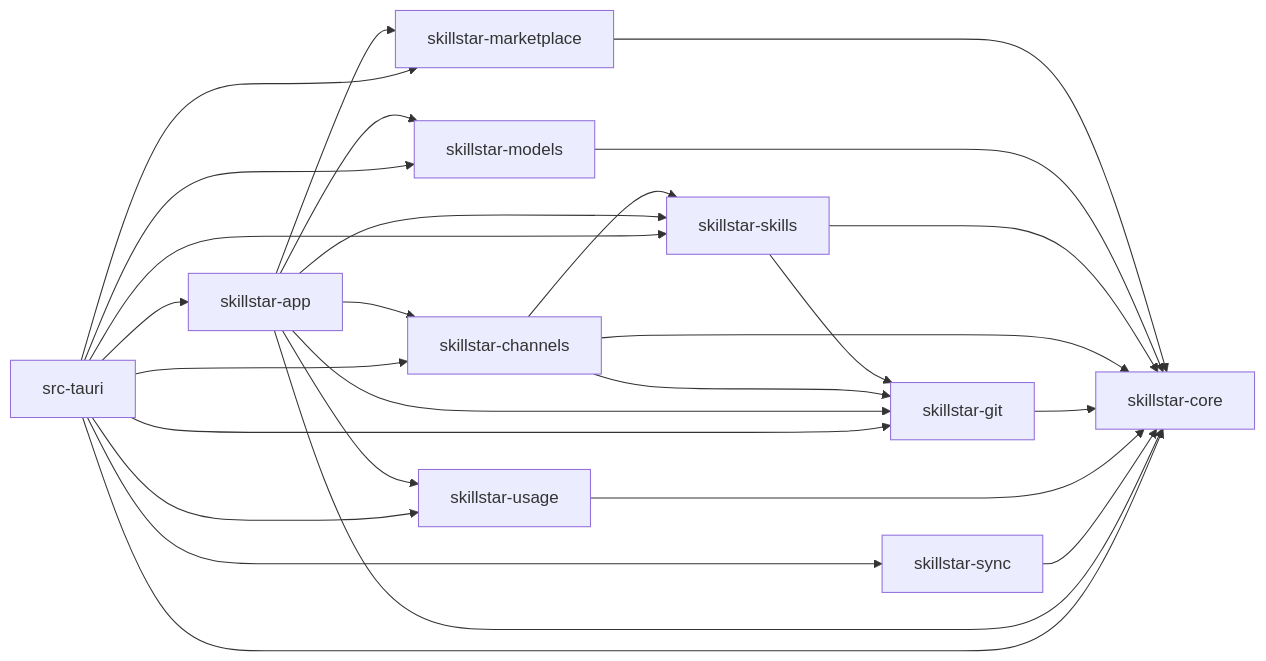
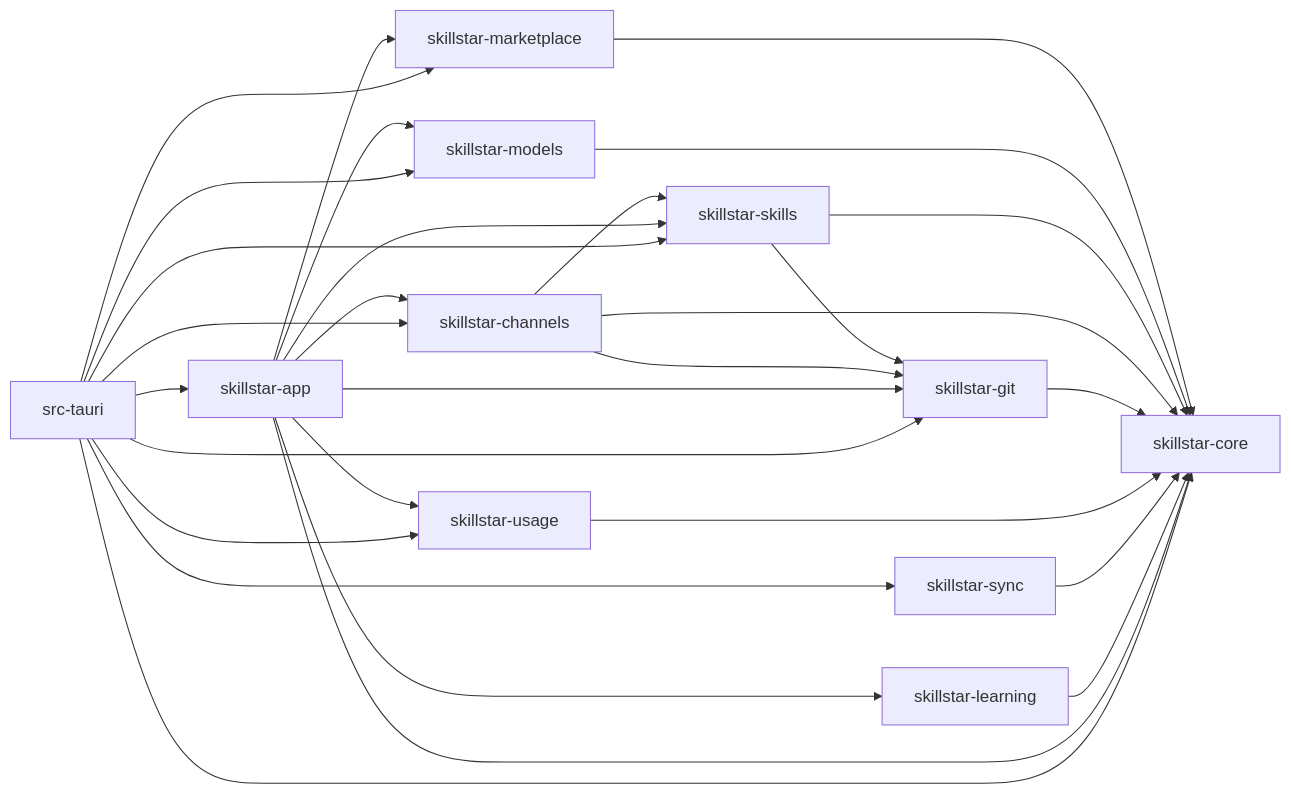
One commit to xxww0098/SkillStar changed the diagram in docs/boundaries.md. Above: the diagram before and after it, drawn with Mermaid. The commit also changed other lines of this file and 28 other files, not shown here.

First line of the commit message:
feat(learning): add skillstar-learning and identity-keyed tutorials (#76)

````diff
--- a/docs/boundaries.md
+++ b/docs/boundaries.md
@@ -63,40 +65,43 @@
 ```mermaid
 flowchart LR
   core["skillstar-core"]
   git["skillstar-git"]
   skills["skillstar-skills"]
   channels["skillstar-channels"]
   market["skillstar-marketplace"]
   models["skillstar-models"]
   usage["skillstar-usage"]
   sync["skillstar-sync"]
+  learning["skillstar-learning"]
   app["skillstar-app"]
   tauri["src-tauri"]
 
   market --> core
   models --> core
   skills --> core
   skills --> git
   channels --> core
   channels --> git
   channels --> skills
   git --> core
   usage --> core
   sync --> core
+  learning --> core
   app --> core
   app --> skills
   app --> git
   app --> channels
   app --> market
   app --> models
   app --> usage
+  app --> learning
   tauri --> app
   tauri --> core
   tauri --> skills
   tauri --> git
   tauri --> channels
   tauri --> market
   tauri --> models
   tauri --> usage
   tauri --> sync
 ```
````
